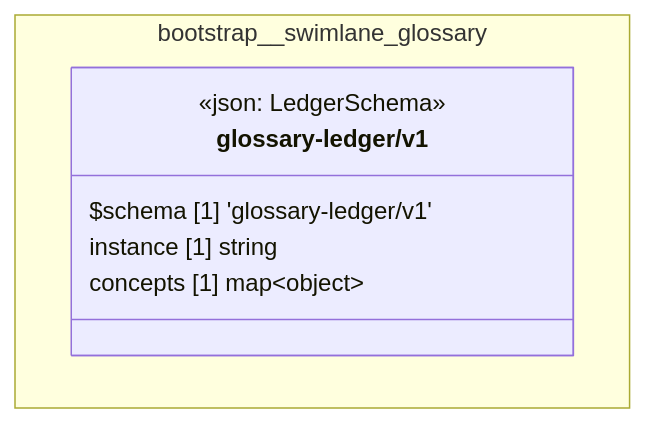
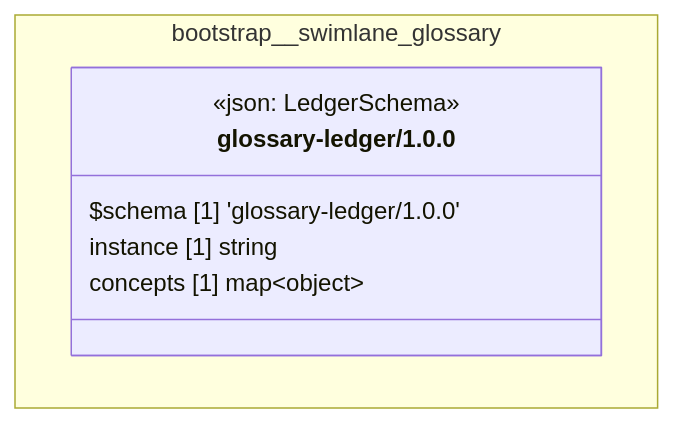
Before and after one commit to litlfred/folio-assistant: the diagram in cat-harness/uml/overview/bootstrap/swimlane-glossary.mmd, drawn with Mermaid. The commit also changed 332 other files, not shown here.

```diff
--- a/cat-harness/uml/overview/bootstrap/swimlane-glossary.mmd
+++ b/cat-harness/uml/overview/bootstrap/swimlane-glossary.mmd
@@ -1,11 +1,11 @@
 classDiagram
   direction TB
   namespace bootstrap__swimlane_glossary {
-    class bootstrap_swimlane_glossary_glossary_ledger_v1_glossary_ledger_v1["glossary-ledger/v1"] {
+    class bootstrap_swimlane_glossary_glossary_ledger_1_0_0_glossary_ledger_1_0_0["glossary-ledger/1.0.0"] {
       <<json: LedgerSchema>>
-      $schema [1] 'glossary-ledger/v1'
+      $schema [1] 'glossary-ledger/1.0.0'
       instance [1] string
       concepts [1] map~object~
     }
   }
-  cssClass "bootstrap_swimlane_glossary_glossary_ledger_v1_glossary_ledger_v1" fa_uml_kind_swimlane_glossary
+  cssClass "bootstrap_swimlane_glossary_glossary_ledger_1_0_0_glossary_ledger_1_0_0" fa_uml_kind_swimlane_glossary
```
